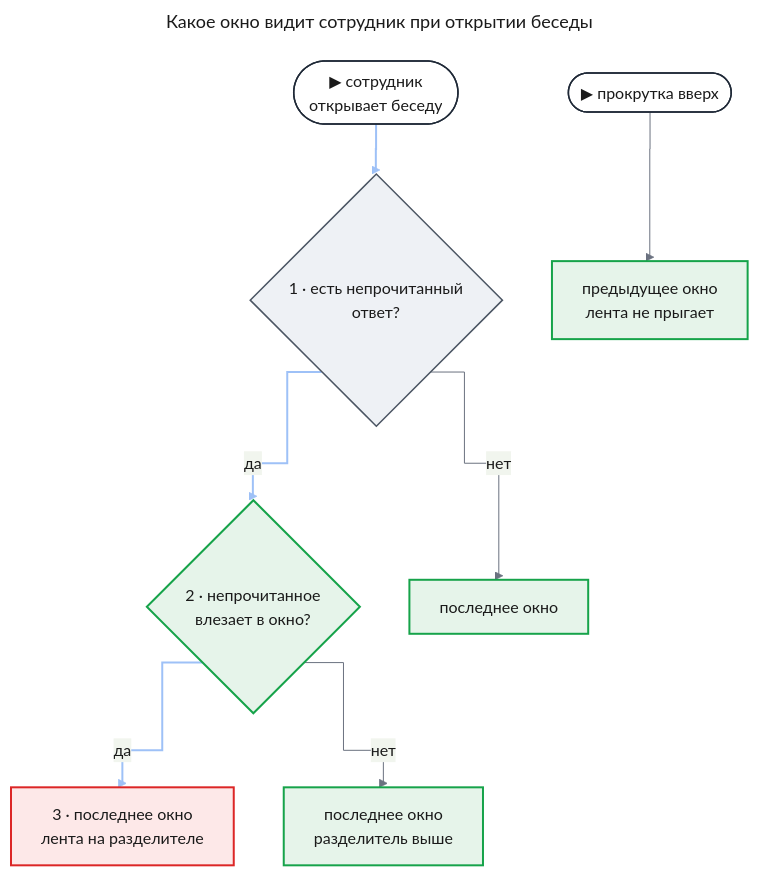
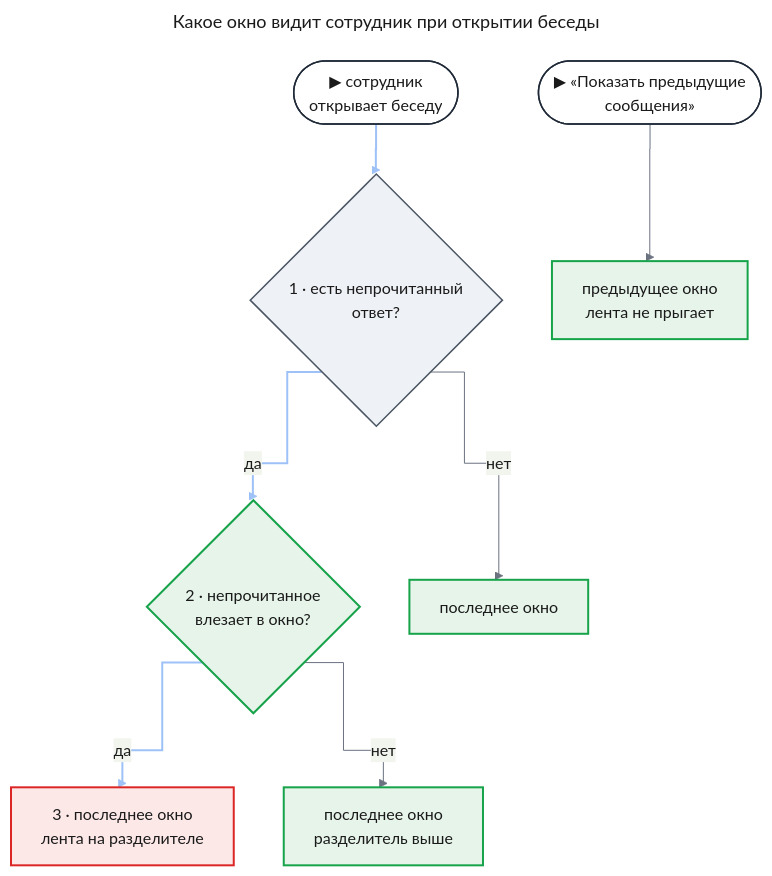
One commit to tundraray/agent-os changed the second of 3 diagrams in docs/features/live-feed/prd.md. Above: the diagram before and after it, drawn with Mermaid. The commit also changed other lines of this file, not shown here.

````diff
--- a/docs/features/live-feed/prd.md
+++ b/docs/features/live-feed/prd.md
@@ -89,46 +88,46 @@
 ```mermaid
 ---
 title: "Какое окно видит сотрудник при открытии беседы"
 config:
   theme: base
   look: classic
   themeVariables:
     primaryColor: "#eef1f5"
     primaryBorderColor: "#4b5563"
     primaryTextColor: "#1a1a1a"
     lineColor: "#6b7280"
   flowchart:
     curve: step
   themeCSS: |
     @keyframes litr_lf2{0%,30%{stroke:#1d4ed8;stroke-width:6px}33.3%,100%{stroke:#9ec1f7;stroke-width:2px}}
 ---
 flowchart TB
     entry(["▶ сотрудник<br/>открывает беседу"])
     unread{"1 · есть непрочитанный<br/>ответ?"}
     fits{"2 · непрочитанное<br/>влезает в окно?"}
     divider["3 · последнее окно<br/>лента на разделителе"]
     last["последнее окно"]
     lastfar["последнее окно<br/>разделитель выше"]
-    up(["▶ прокрутка вверх"])
+    up(["▶ «Показать предыдущие<br/>сообщения»"])
     older["предыдущее окно<br/>лента не прыгает"]
     entry e1@--> unread
     unread e2@-->|"да"| fits
     fits e3@-->|"да"| divider
     unread -->|"нет"| last
     fits -->|"нет"| lastfar
     up --> older
     classDef entry fill:#ffffff,stroke:#1f2937,stroke-width:1.5px,color:#1a1a1a
     classDef changed fill:#fde8e8,stroke:#dc2626,stroke-width:2px,color:#1a1a1a
     classDef new fill:#e6f4ea,stroke:#16a34a,stroke-width:2px,color:#1a1a1a
     classDef unchanged fill:#eef1f5,stroke:#4b5563,stroke-width:1.5px,color:#1a1a1a
     classDef r1 stroke:#9ec1f7,stroke-width:2px,animation:litr_lf2 3.6s linear 0s infinite
     classDef r2 stroke:#9ec1f7,stroke-width:2px,animation:litr_lf2 3.6s linear 1.2s infinite
     classDef r3 stroke:#9ec1f7,stroke-width:2px,animation:litr_lf2 3.6s linear 2.4s infinite
     class entry,up entry
     class unread unchanged
     class fits,last,lastfar,older new
     class divider changed
     class e1 r1
     class e2 r2
     class e3 r3
 ```
````
